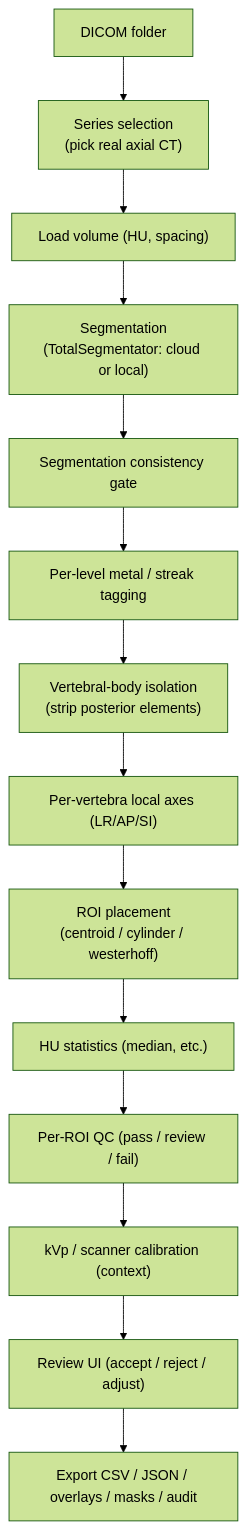
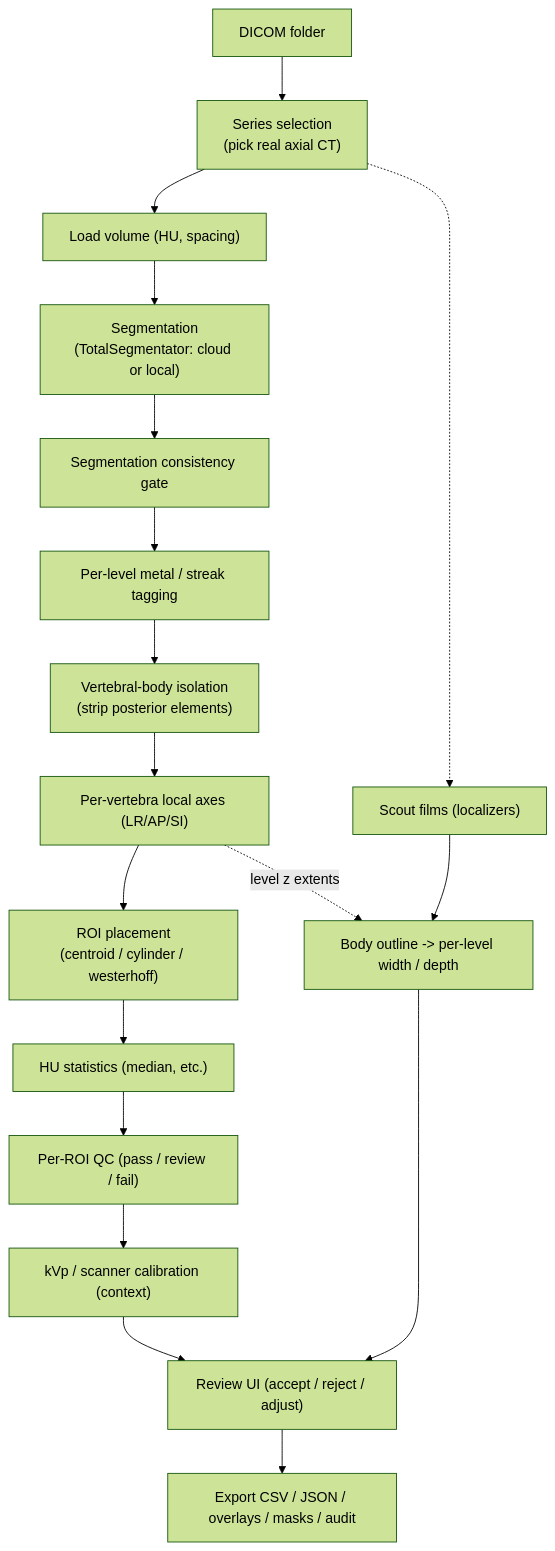
Before and after one commit to abachu2005/spine-hu-tool: the diagram in docs/ARCHITECTURE.md, drawn with Mermaid (forest theme). The commit also changed other lines of this file and 31 other files, not shown here.

First line of the commit message:
Add scout-film body habitus measurement and validation/report updates

````diff
--- a/docs/ARCHITECTURE.md
+++ b/docs/ARCHITECTURE.md
@@ -53,16 +53,20 @@
 ```mermaid
 flowchart TD
     dicom["DICOM folder"] --> select["Series selection<br/>(pick real axial CT)"]
     select --> load["Load volume (HU, spacing)"]
     load --> seg["Segmentation<br/>(TotalSegmentator: cloud or local)"]
     seg --> gate["Segmentation consistency gate"]
     gate --> tag["Per-level metal / streak tagging"]
     tag --> isolate["Vertebral-body isolation<br/>(strip posterior elements)"]
     isolate --> axes["Per-vertebra local axes (LR/AP/SI)"]
     axes --> roi["ROI placement<br/>(centroid / cylinder / westerhoff)"]
     roi --> stats["HU statistics (median, etc.)"]
     stats --> qc["Per-ROI QC (pass / review / fail)"]
     qc --> cal["kVp / scanner calibration (context)"]
     cal --> review["Review UI (accept / reject / adjust)"]
     review --> export["Export CSV / JSON / overlays / masks / audit"]
+    select -.-> scout["Scout films (localizers)"]
+    scout --> habitus["Body outline -> per-level width / depth"]
+    axes -.->|level z extents| habitus
+    habitus --> review
 ```
````
